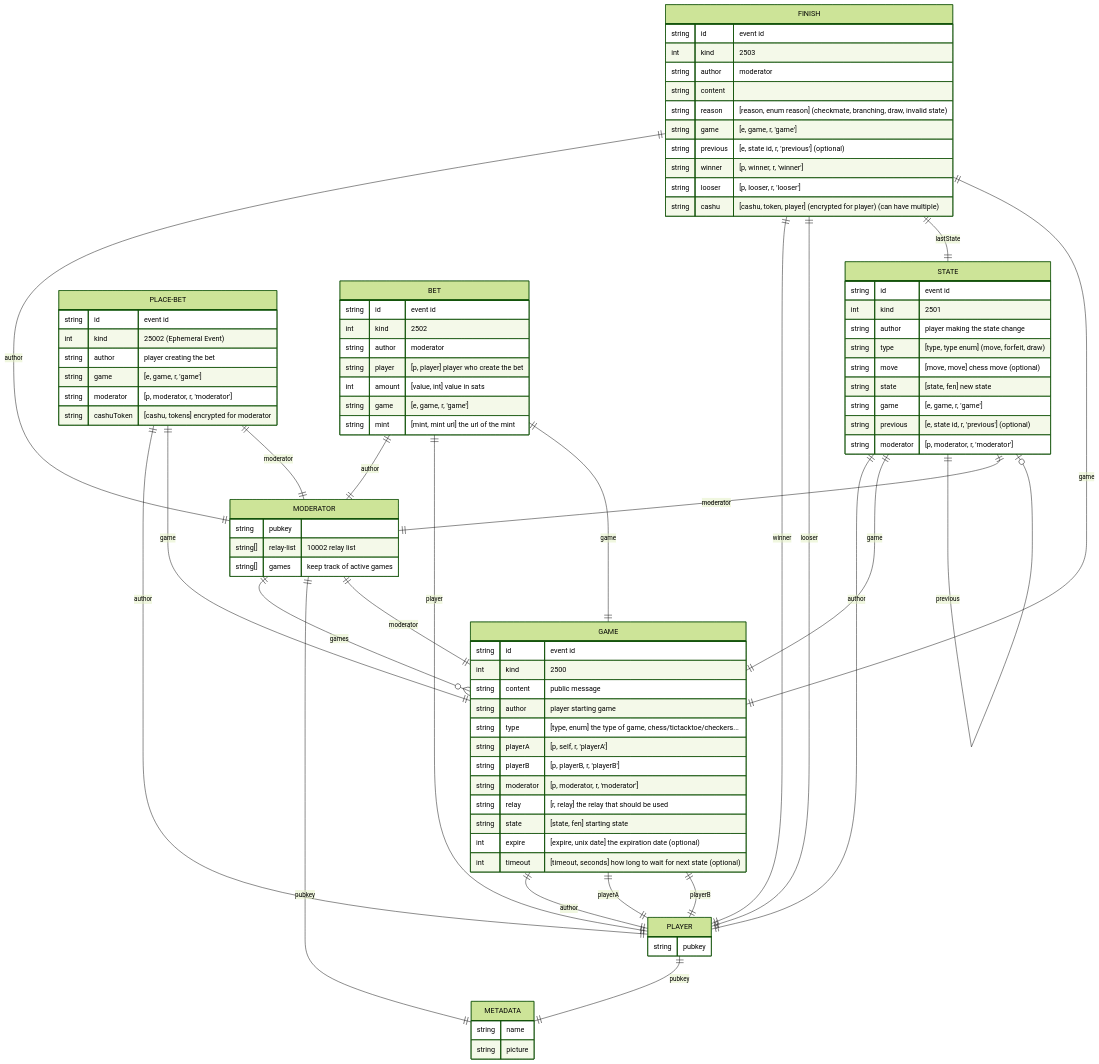
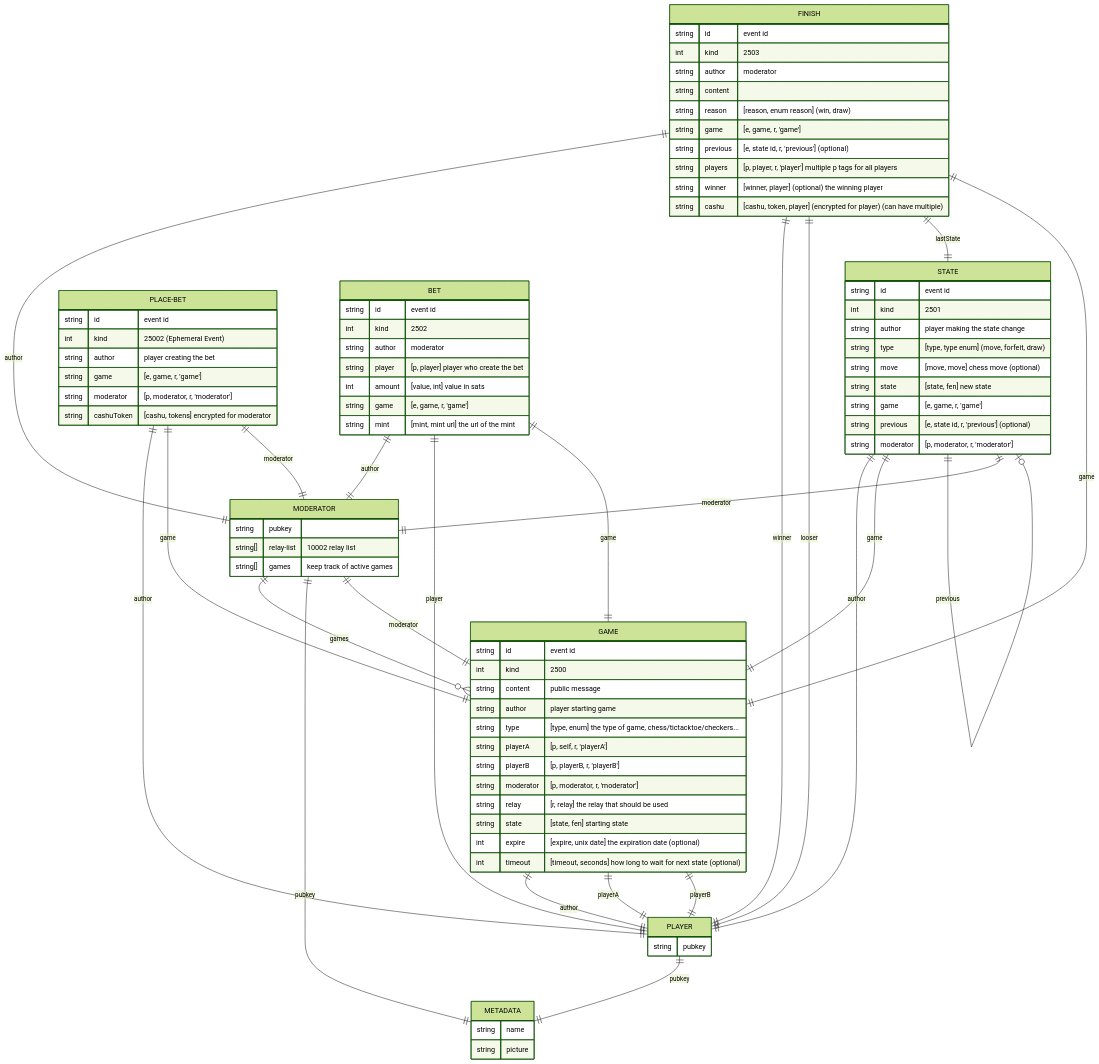
One commit to hzrd149/chessnut changed the first of 2 diagrams in README.md. Above: the diagram before and after it, drawn with Mermaid (forest theme). The commit also changed 25 other files, not shown here.

```diff
--- a/README.md
+++ b/README.md
@@ -90,11 +90,11 @@
         int kind "2503"
         string author "moderator"
         string content ""
-        string reason "[reason, enum reason] (checkmate, branching, draw, invalid state)"
+        string reason "[reason, enum reason] (win, draw)"
         string game "[e, game, r, 'game']"
         string previous "[e, state id, r, 'previous'] (optional)"
-        string winner "[p, winner, r, 'winner']"
-        string looser "[p, looser, r, 'looser']"
+        string players "[p, player, r, 'player'] multiple p tags for all players"
+        string winner "[winner, player] (optional) the winning player"
         string cashu "[cashu, token, player] (encrypted for player) (can have multiple)"
     }
     FINISH ||--|| MODERATOR : author
```
